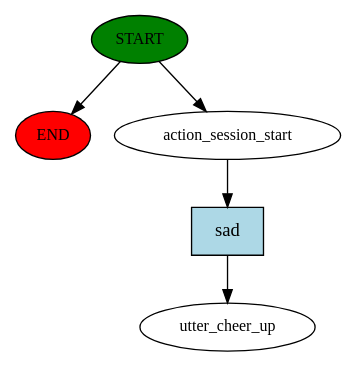
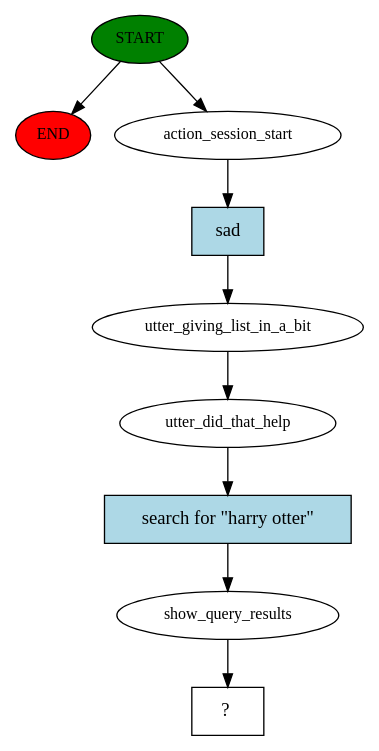
The diagram in story_graph.dot (VerMi20/University-chat-bot), drawn with Graphviz before and after one commit. The commit also changed 9 other files, not shown here.

```diff
--- a/story_graph.dot
+++ b/story_graph.dot
@@ -1,11 +1,19 @@
 digraph  {
 0 [class="start active", fillcolor=green, fontsize=12, label=START, style=filled];
 "-1" [class=end, fillcolor=red, fontsize=12, label=END, style=filled];
 1 [class=active, fontsize=12, label=action_session_start];
-2 [class="dashed active", fontsize=12, label=utter_cheer_up];
-3 [class="intent active", fillcolor=lightblue, label=sad, shape=rect, style=filled];
+2 [class=active, fontsize=12, label=utter_giving_list_in_a_bit];
+3 [class=active, fontsize=12, label=utter_did_that_help];
+4 [class=active, fontsize=12, label=show_query_results];
+5 [class="intent dashed active", label="  ?  ", shape=rect];
+6 [class="intent active", fillcolor=lightblue, label=sad, shape=rect, style=filled];
+7 [class="intent active", fillcolor=lightblue, label="search for \"harry otter\"", shape=rect, style=filled];
 0 -> "-1"  [class="", key=NONE, label=""];
 0 -> 1  [class=active, key=NONE, label=""];
-1 -> 3  [class=active, key=0];
-3 -> 2  [class=active, key=0];
+1 -> 6  [class=active, key=0];
+2 -> 3  [class=active, key=NONE, label=""];
+3 -> 7  [class=active, key=0];
+4 -> 5  [class=active, key=NONE, label=""];
+6 -> 2  [class=active, key=0];
+7 -> 4  [class=active, key=0];
 }
```
